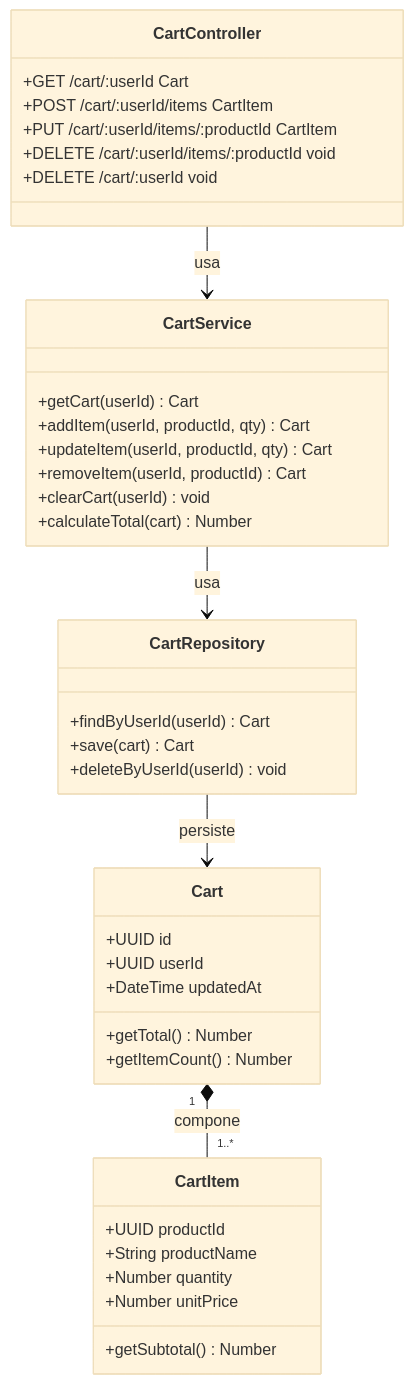
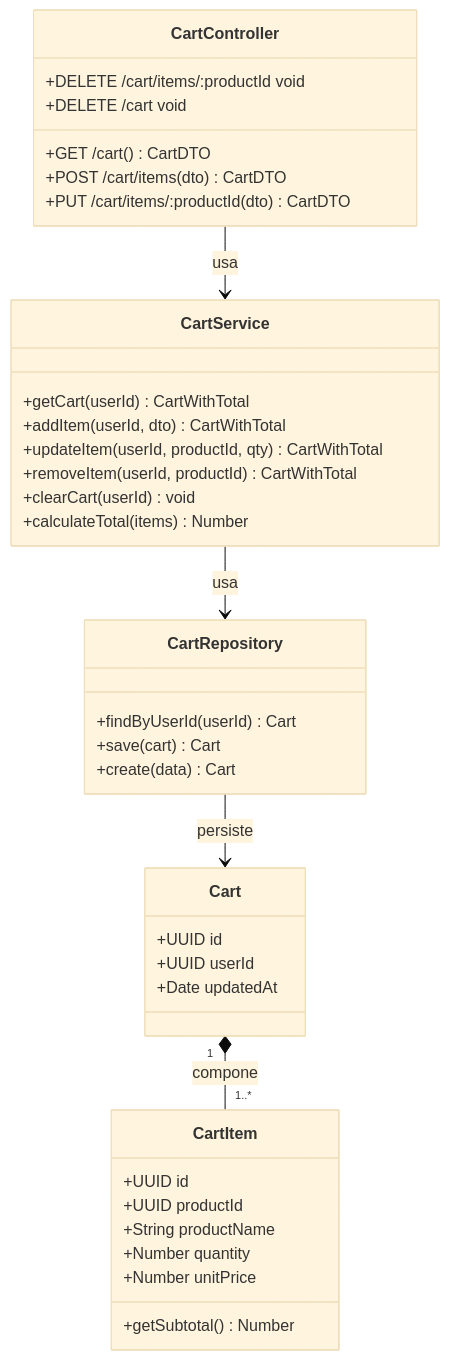
The seventh of 12 diagrams in BackEnd-Arquitectura.md (holyusm/INF-301-WWW), drawn with Mermaid (base theme) before and after one commit. The commit also changed other lines of this file, not shown here.

````diff
--- a/BackEnd-Arquitectura.md
+++ b/BackEnd-Arquitectura.md
@@ -489,46 +497,45 @@
 ```mermaid
 classDiagram
     class CartController {
-        +GET /cart/:userId Cart
-        +POST /cart/:userId/items CartItem
-        +PUT /cart/:userId/items/:productId CartItem
-        +DELETE /cart/:userId/items/:productId void
-        +DELETE /cart/:userId void
+        +GET /cart() CartDTO
+        +POST /cart/items(dto) CartDTO
+        +PUT /cart/items/:productId(dto) CartDTO
+        +DELETE /cart/items/:productId void
+        +DELETE /cart void
     }
 
     class CartService {
-        +getCart(userId) Cart
-        +addItem(userId, productId, qty) Cart
-        +updateItem(userId, productId, qty) Cart
-        +removeItem(userId, productId) Cart
+        +getCart(userId) CartWithTotal
+        +addItem(userId, dto) CartWithTotal
+        +updateItem(userId, productId, qty) CartWithTotal
+        +removeItem(userId, productId) CartWithTotal
         +clearCart(userId) void
-        +calculateTotal(cart) Number
+        +calculateTotal(items) Number
     }
 
     class CartRepository {
         +findByUserId(userId) Cart
         +save(cart) Cart
-        +deleteByUserId(userId) void
+        +create(data) Cart
     }
 
     class Cart {
         +UUID id
         +UUID userId
-        +DateTime updatedAt
-        +getTotal() Number
-        +getItemCount() Number
+        +Date updatedAt
     }
 
     class CartItem {
+        +UUID id
         +UUID productId
         +String productName
         +Number quantity
         +Number unitPrice
         +getSubtotal() Number
     }
 
     CartController --> CartService : usa
     CartService --> CartRepository : usa
     CartRepository --> Cart : persiste
     Cart "1" *-- "1..*" CartItem : compone
 ```
````
